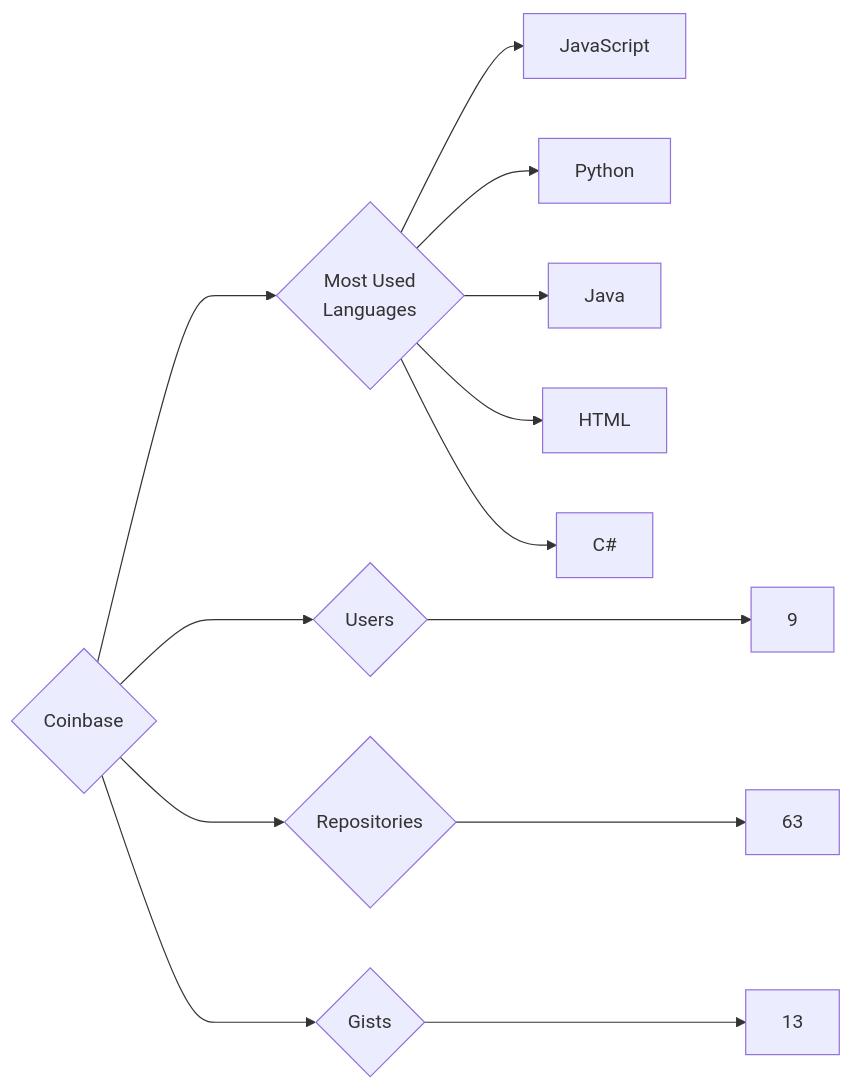
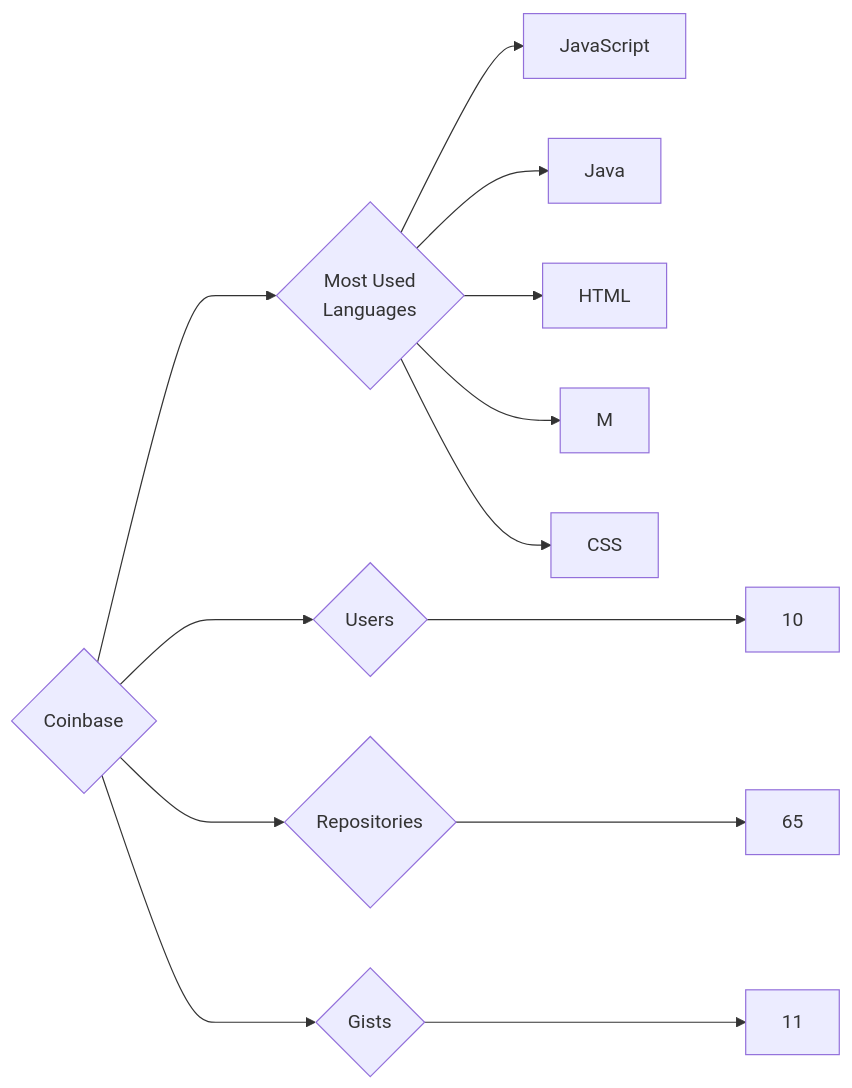
The diagram in targets/Coinbase/README.md (trickest/insiders), drawn with Mermaid before and after one commit. The commit also changed 988 other files, not shown here.

````diff
--- a/targets/Coinbase/README.md
+++ b/targets/Coinbase/README.md
@@ -3,13 +3,13 @@
 ```mermaid
 graph LR
 COMPANY_NAME{Coinbase}
-COMPANY_NAME ---> U{Users} ---> UN[9]
-COMPANY_NAME ---> R{Repositories} ---> RN[63]
-COMPANY_NAME ---> G{Gists} ---> GN[13]
+COMPANY_NAME ---> U{Users} ---> UN[10]
+COMPANY_NAME ---> R{Repositories} ---> RN[65]
+COMPANY_NAME ---> G{Gists} ---> GN[11]
 COMPANY_NAME ---> ML{Most Used<br>Languages}
 ML --> JavaScript[JavaScript]
-ML --> Python[Python]
 ML --> Java[Java]
 ML --> HTML[HTML]
-ML --> C#[C#]
+ML --> M[M]
+ML --> CSS[CSS]
 ```
````
